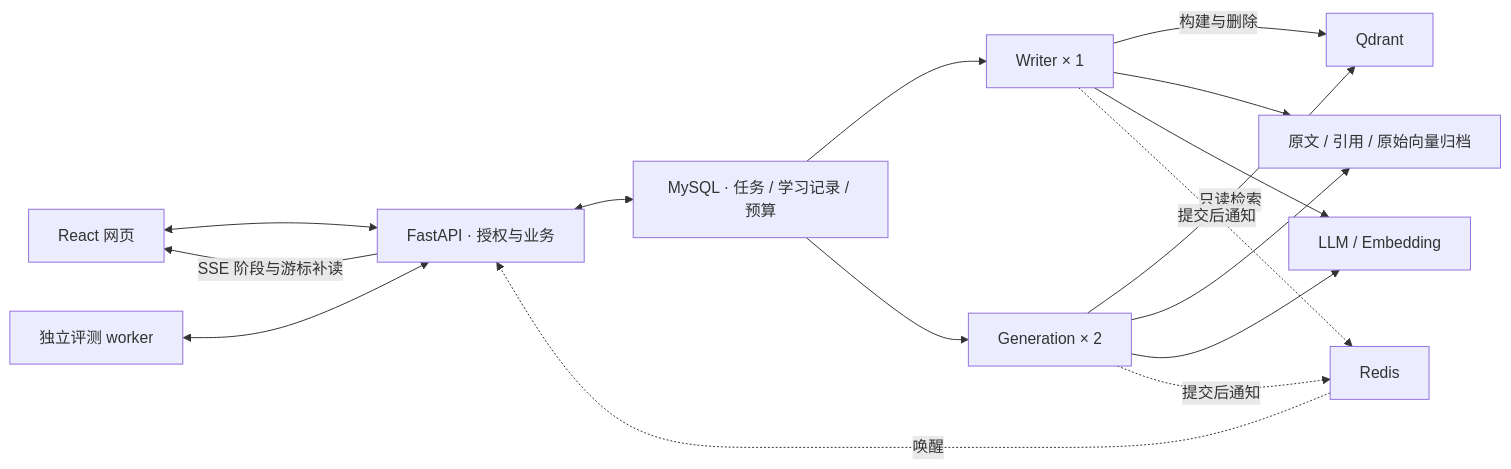
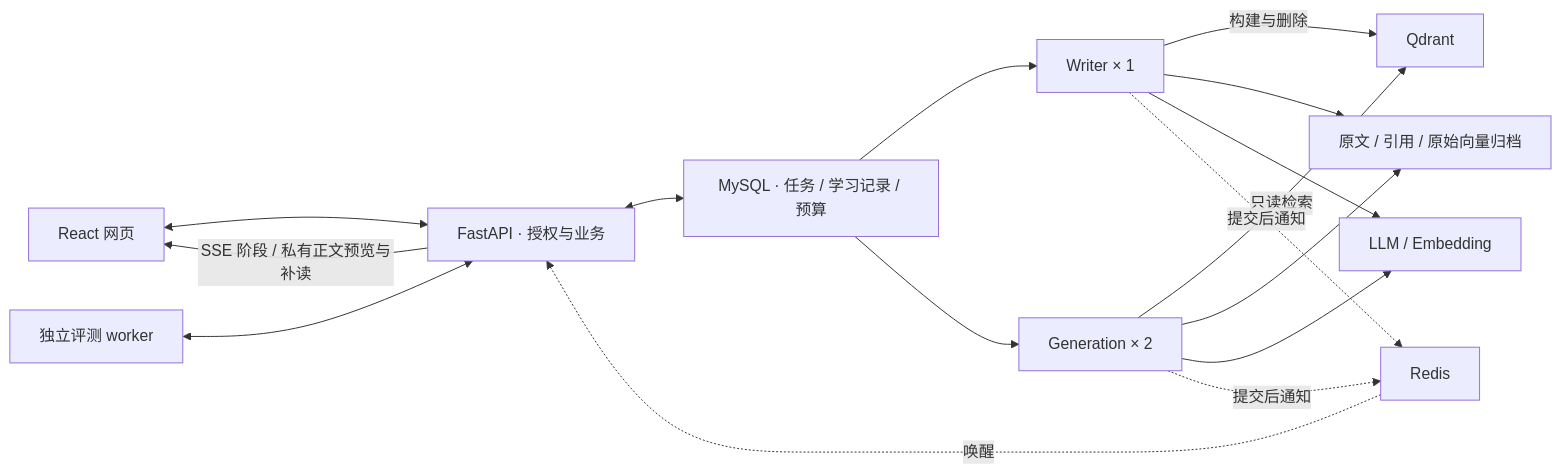
The fourth of 4 diagrams in README.md (windfall8623/xunke-ai), drawn with Mermaid before and after one commit. The commit also changed other lines of this file, not shown here.

````diff
--- a/README.md
+++ b/README.md
@@ -142,18 +194,18 @@
 ```mermaid
 flowchart LR
     Web["React 网页"] <--> API["FastAPI · 授权与业务"]
     API <--> SQL["MySQL · 任务 / 学习记录 / 预算"]
     SQL --> W["Writer × 1"]
     SQL --> G["Generation × 2"]
     W -->|"构建与删除"| Q["Qdrant"]
     G -->|"只读检索"| Q
     W --> Files["原文 / 引用 / 原始向量归档"]
     G --> Files
     W --> LLM["LLM / Embedding"]
     G --> LLM
     W -. "提交后通知" .-> R["Redis"]
     G -. "提交后通知" .-> R
     R -. "唤醒" .-> API
-    API -->|"SSE 阶段与游标补读"| Web
+    API -->|"SSE 阶段 / 私有正文预览与补读"| Web
     Eval["独立评测 worker"] <--> API
 ```
````
